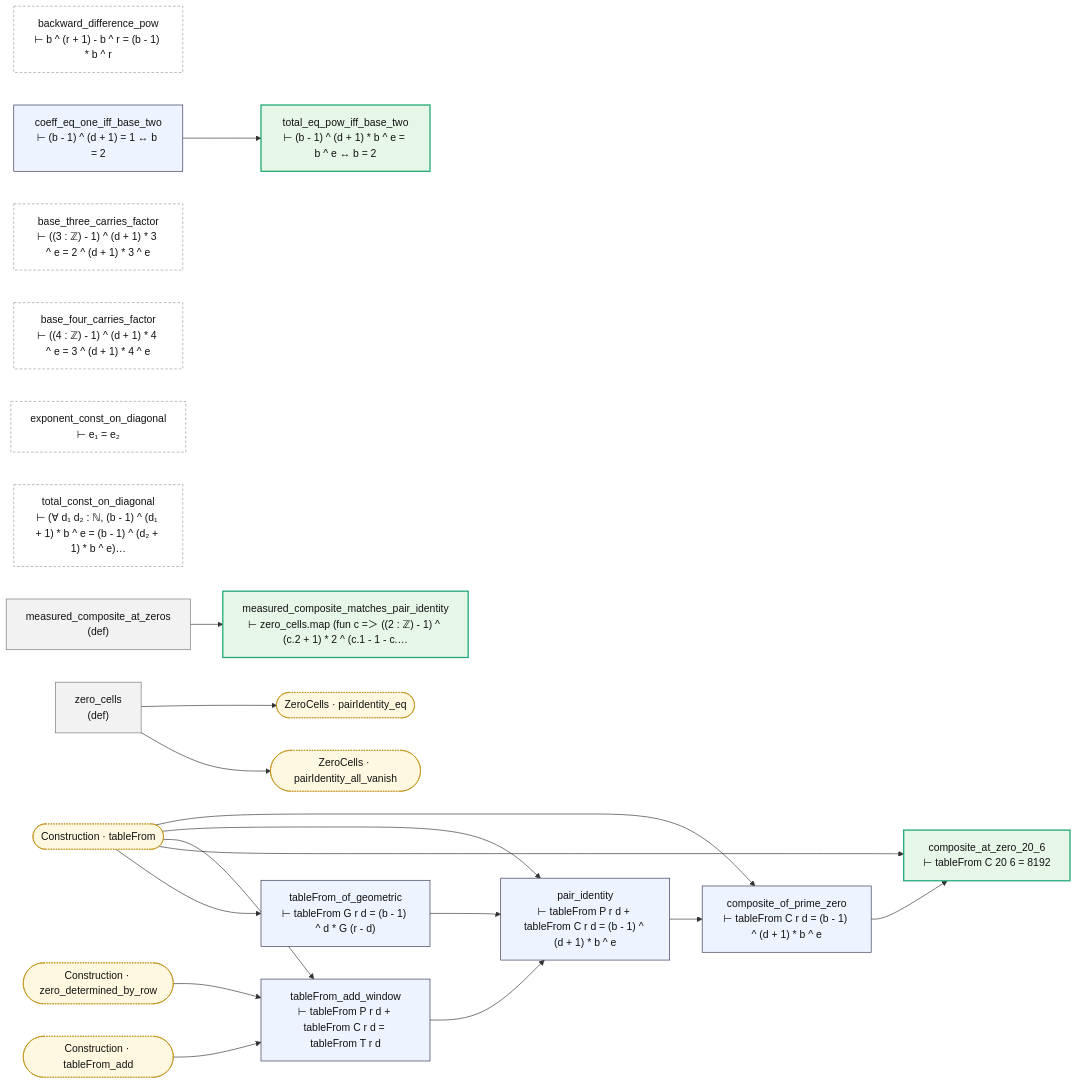
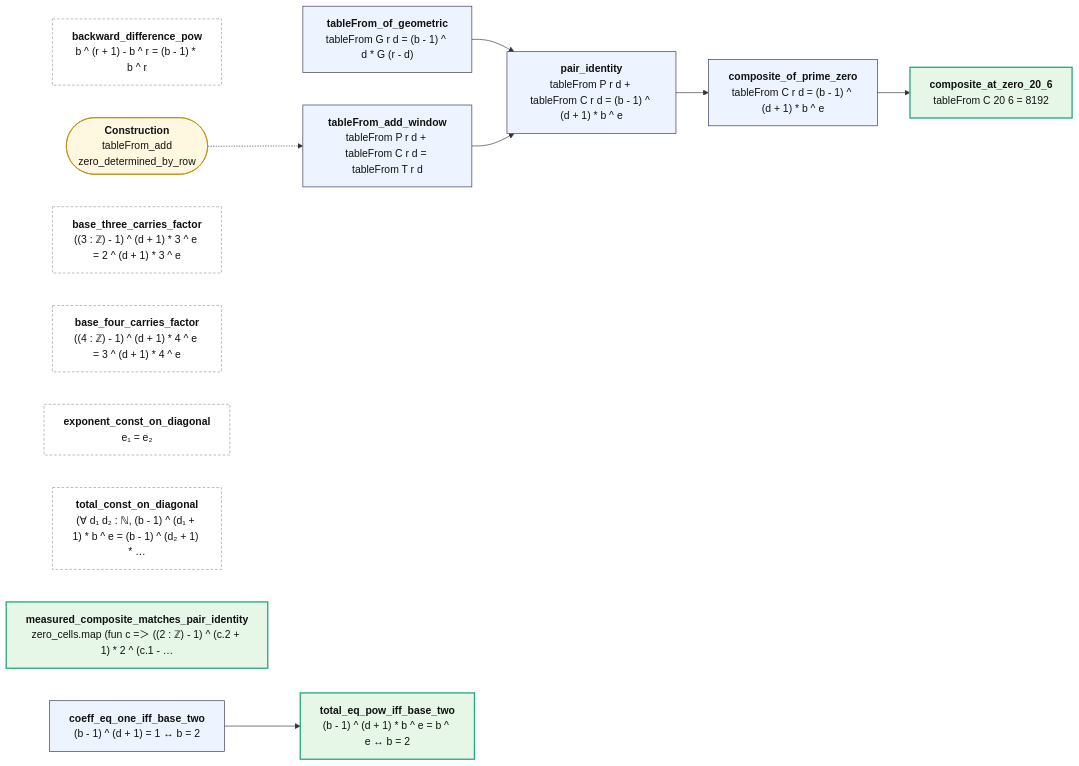
One commit to juliansambranojr/Primebeat_081426 changed the diagram in map/lean/PairIdentity.md. Above: the diagram before and after it, drawn with Mermaid. The commit also changed other lines of this file and 387 other files, not shown here.

First line of the commit message:
map/: arrows now come from Lean's own record of what each proof uses; every theorem gets Proves, Needs, Fed by, Feeds; chain pages for the long ends; ALL.md; RECONCILE.md

````diff
--- a/map/lean/PairIdentity.md
+++ b/map/lean/PairIdentity.md
@@ -8,44 +12,28 @@
 ```mermaid
 flowchart LR
-  n0["backward_difference_pow<br/>⊢ b ^ (r + 1) - b ^ r = (b - 1) * b ^ r"]:::lone
-  n1["tableFrom_of_geometric<br/>⊢ tableFrom G r d = (b - 1) ^ d * G (r - d)"]:::thm
-  n2["tableFrom_add_window<br/>⊢ tableFrom P r d + tableFrom C r d = tableFrom T r d"]:::thm
-  n3["pair_identity<br/>⊢ tableFrom P r d + tableFrom C r d = (b - 1) ^ (d + 1) * b ^ e"]:::thm
-  n4["composite_of_prime_zero<br/>⊢ tableFrom C r d = (b - 1) ^ (d + 1) * b ^ e"]:::thm
-  n5["coeff_eq_one_iff_base_two<br/>⊢ (b - 1) ^ (d + 1) = 1 ↔ b = 2"]:::thm
-  n6["total_eq_pow_iff_base_two<br/>⊢ (b - 1) ^ (d + 1) * b ^ e = b ^ e ↔ b = 2"]:::end_
-  n7["base_three_carries_factor<br/>⊢ ((3 : ℤ) - 1) ^ (d + 1) * 3 ^ e = 2 ^ (d + 1) * 3 ^ e"]:::lone
-  n8["base_four_carries_factor<br/>⊢ ((4 : ℤ) - 1) ^ (d + 1) * 4 ^ e = 3 ^ (d + 1) * 4 ^ e"]:::lone
-  n9["exponent_const_on_diagonal<br/>⊢ e₁ = e₂"]:::lone
-  n10["total_const_on_diagonal<br/>⊢ (∀ d₁ d₂ : ℕ, (b - 1) ^ (d₁ + 1) * b ^ e = (b - 1) ^ (d₂ + 1) * b ^ e)…"]:::lone
-  n11["zero_cells<br/>(def)"]:::dfn
-  n12["measured_composite_at_zeros<br/>(def)"]:::dfn
-  n13["measured_composite_matches_pair_identity<br/>⊢ zero_cells.map (fun c =＞ ((2 : ℤ) - 1) ^ (c.2 + 1) * 2 ^ (c.1 - 1 - c.…"]:::end_
-  n14["composite_at_zero_20_6<br/>⊢ tableFrom C 20 6 = 8192"]:::end_
-  x0(["Construction · tableFrom"]):::ext
-  x1(["Construction · tableFrom_add"]):::ext
-  x2(["Construction · zero_determined_by_row"]):::ext
-  x3(["ZeroCells · pairIdentity_all_vanish"]):::ext
-  x4(["ZeroCells · pairIdentity_eq"]):::ext
+  n0["<b>backward_difference_pow</b><br/>b ^ (r + 1) - b ^ r = (b - 1) * b ^ r"]:::lone
+  n1["<b>tableFrom_of_geometric</b><br/>tableFrom G r d = (b - 1) ^ d * G (r - d)"]:::thm
+  n2["<b>tableFrom_add_window</b><br/>tableFrom P r d + tableFrom C r d = tableFrom T r d"]:::thm
+  n3["<b>pair_identity</b><br/>tableFrom P r d + tableFrom C r d = (b - 1) ^ (d + 1) * b ^ e"]:::thm
+  n4["<b>composite_of_prime_zero</b><br/>tableFrom C r d = (b - 1) ^ (d + 1) * b ^ e"]:::thm
+  n5["<b>coeff_eq_one_iff_base_two</b><br/>(b - 1) ^ (d + 1) = 1 ↔ b = 2"]:::thm
+  n6["<b>total_eq_pow_iff_base_two</b><br/>(b - 1) ^ (d + 1) * b ^ e = b ^ e ↔ b = 2"]:::end_
+  n7["<b>base_three_carries_factor</b><br/>((3 : ℤ) - 1) ^ (d + 1) * 3 ^ e = 2 ^ (d + 1) * 3 ^ e"]:::lone
+  n8["<b>base_four_carries_factor</b><br/>((4 : ℤ) - 1) ^ (d + 1) * 4 ^ e = 3 ^ (d + 1) * 4 ^ e"]:::lone
+  n9["<b>exponent_const_on_diagonal</b><br/>e₁ = e₂"]:::lone
+  n10["<b>total_const_on_diagonal</b><br/>(∀ d₁ d₂ : ℕ, (b - 1) ^ (d₁ + 1) * b ^ e = (b - 1) ^ (d₂ + 1) * …"]:::lone
+  n11["<b>measured_composite_matches_pair_identity</b><br/>zero_cells.map (fun c =＞ ((2 : ℤ) - 1) ^ (c.2 + 1) * 2 ^ (c.1 - …"]:::end_
+  n12["<b>composite_at_zero_20_6</b><br/>tableFrom C 20 6 = 8192"]:::end_
+  x0(["<b>Construction</b><br/>tableFrom_add<br/>zero_determined_by_row"]):::ext
   n1 --> n3
-  n11 --> x3
-  n11 --> x4
-  n12 --> n13
   n2 --> n3
   n3 --> n4
-  n4 --> n14
+  n4 --> n12
   n5 --> n6
-  x0 --> n1
-  x0 --> n14
-  x0 --> n2
-  x0 --> n3
-  x0 --> n4
-  x1 --> n2
-  x2 --> n2
+  x0 -.-> n2
   classDef thm fill:#eef4ff,stroke:#335,color:#111
-  classDef dfn fill:#f2f2f2,stroke:#777,color:#111
   classDef end_ fill:#e7f7e7,stroke:#2a7,color:#111,stroke-width:2px
   classDef lone fill:#fff,stroke:#999,color:#111,stroke-dasharray:4 3
   classDef bad fill:#ffe5e5,stroke:#c22,color:#111,stroke-width:2px
-  classDef ext fill:#fff8e1,stroke:#b80,color:#111,stroke-dasharray:2 2
+  classDef ext fill:#fff8e1,stroke:#b80,color:#111
 ```
````
